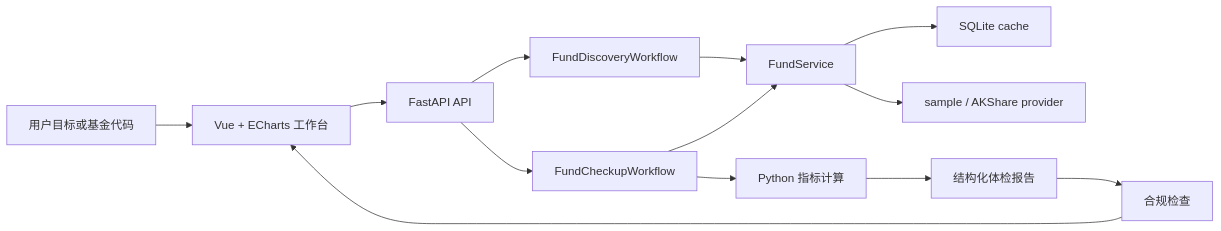
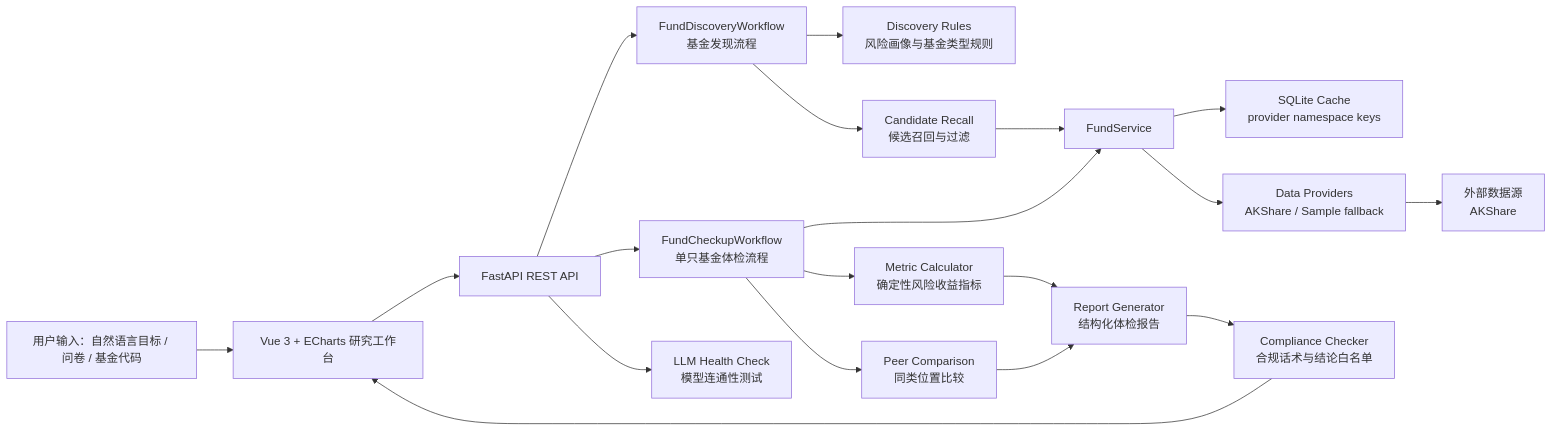
One commit to normalform3/fund-scope-agent changed the diagram in README.md. Above: the diagram before and after it, drawn with Mermaid. The commit also changed other lines of this file and 7 other files, not shown here.

````diff
--- a/README.md
+++ b/README.md
@@ -59,15 +86,25 @@
 ```mermaid
 flowchart LR
-  User["用户目标或基金代码"] --> Frontend["Vue + ECharts 工作台"]
-  Frontend --> API["FastAPI API"]
-  API --> Discovery["FundDiscoveryWorkflow"]
-  API --> Workflow["FundCheckupWorkflow"]
-  Discovery --> Service
-  Workflow --> Service["FundService"]
-  Service --> Cache["SQLite cache"]
-  Service --> Provider["sample / AKShare provider"]
-  Workflow --> Metrics["Python 指标计算"]
-  Metrics --> Report["结构化体检报告"]
-  Report --> Compliance["合规检查"]
+  User["用户输入：自然语言目标 / 问卷 / 基金代码"] --> Frontend["Vue 3 + ECharts 研究工作台"]
+  Frontend --> API["FastAPI REST API"]
+
+  API --> Discovery["FundDiscoveryWorkflow<br/>基金发现流程"]
+  API --> Checkup["FundCheckupWorkflow<br/>单只基金体检流程"]
+  API --> LLMHealth["LLM Health Check<br/>模型连通性测试"]
+
+  Discovery --> Rules["Discovery Rules<br/>风险画像与基金类型规则"]
+  Discovery --> CandidateRecall["Candidate Recall<br/>候选召回与过滤"]
+  CandidateRecall --> Service["FundService"]
+
+  Checkup --> Service
+  Service --> Cache["SQLite Cache<br/>provider namespace keys"]
+  Service --> Provider["Data Providers<br/>AKShare / Sample fallback"]
+  Provider --> External["外部数据源<br/>AKShare"]
+
+  Checkup --> Metrics["Metric Calculator<br/>确定性风险收益指标"]
+  Checkup --> Peer["Peer Comparison<br/>同类位置比较"]
+  Metrics --> Report["Report Generator<br/>结构化体检报告"]
+  Peer --> Report
+  Report --> Compliance["Compliance Checker<br/>合规话术与结论白名单"]
   Compliance --> Frontend
 ```
````
